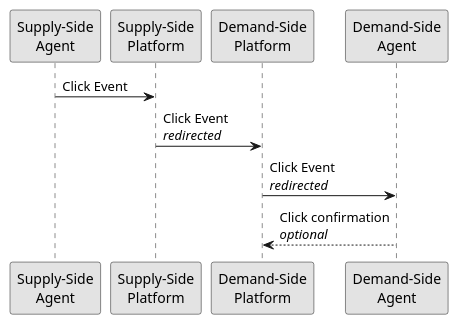
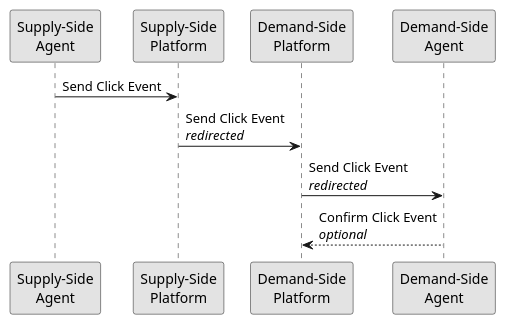
The diagram in protocol/impressions/user_clicks.rst (adshares/adshares-docs), drawn with PlantUML before and after one commit. The commit also changed 26 other files, not shown here.

```diff
--- a/protocol/impressions/user_clicks.rst
+++ b/protocol/impressions/user_clicks.rst
@@ -7,14 +7,14 @@
 .. uml::
     :align: center
 
     skinparam monochrome true
 
     participant "Supply-Side\nAgent"            as SSA
     participant "Supply-Side\nPlatform"         as SSP
     participant "Demand-Side\nPlatform"         as DSP
     participant "Demand-Side\nAgent"            as DSA
 
-    SSA -> SSP : Click Event
-    SSP -> DSP : Click Event\n//redirected//
-    DSP -> DSA : Click Event\n//redirected//
-    DSA --> DSP: Click confirmation\n//optional//
+    SSA ->      SSP     : Send Click Event
+    SSP ->      DSP     : Send Click Event\n//redirected//
+    DSP ->      DSA     : Send Click Event\n//redirected//
+    DSA -->     DSP     : Confirm Click Event\n//optional//
```
